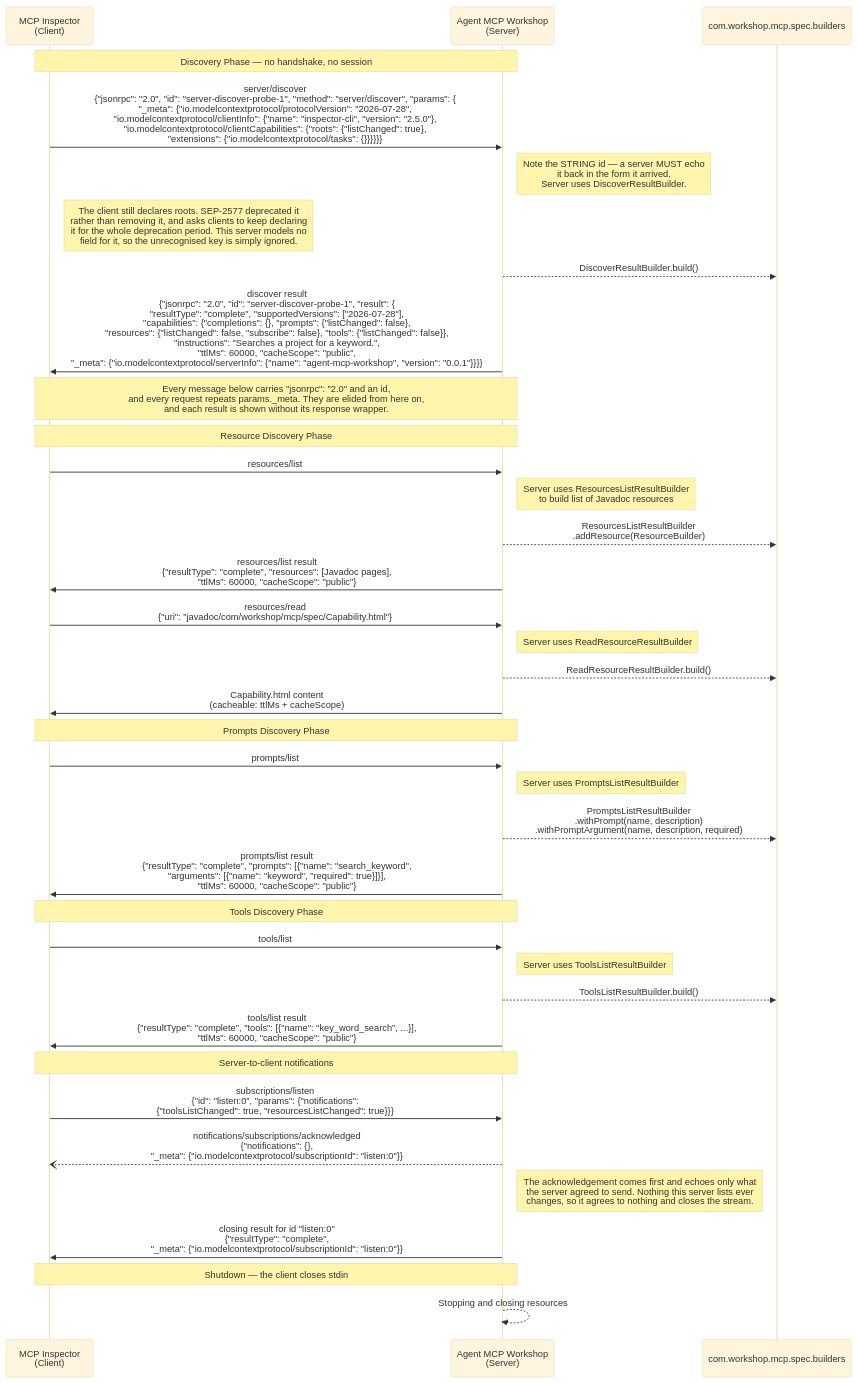
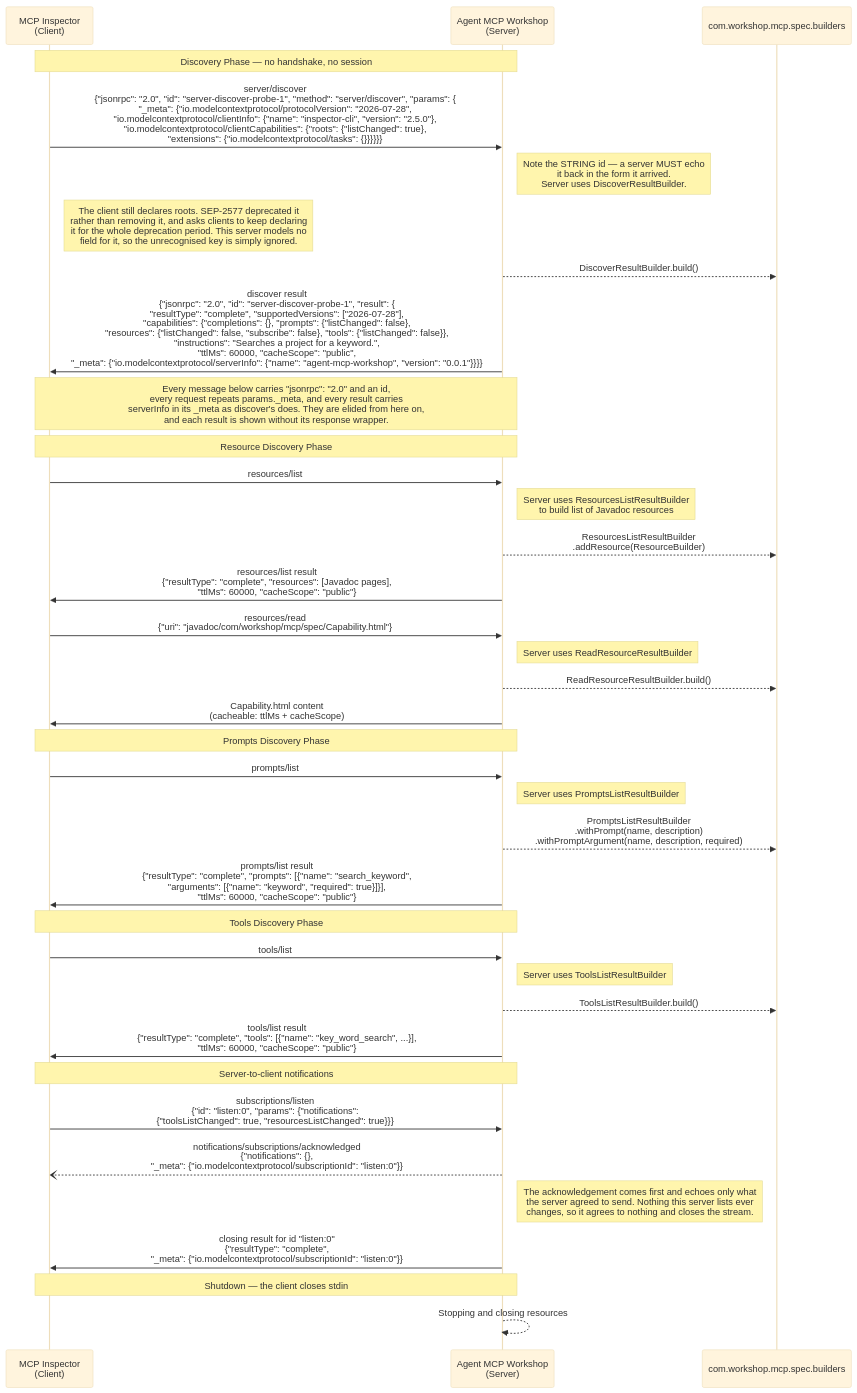
The diagram in lessons/02-mcp-json-communication-flow-diagram.md (David-Parry/agent-mcp-workshop), drawn with Mermaid (base theme) before and after one commit. The commit also changed 31 other files, not shown here.

````diff
--- a/lessons/02-mcp-json-communication-flow-diagram.md
+++ b/lessons/02-mcp-json-communication-flow-diagram.md
@@ -5,62 +5,62 @@
 ```mermaid
 sequenceDiagram
     participant Client as MCP Inspector<br/>(Client)
     participant Server as Agent MCP Workshop<br/>(Server)
     participant Builders as com.workshop.mcp.spec.builders
 
     Note over Client,Server: Discovery Phase — no handshake, no session
 
     Client->>Server: server/discover<br/>{"jsonrpc": "2.0", "id": "server-discover-probe-1", "method": "server/discover", "params": {<br/>"_meta": {"io.modelcontextprotocol/protocolVersion": "2026-07-28",<br/>"io.modelcontextprotocol/clientInfo": {"name": "inspector-cli", "version": "2.5.0"},<br/>"io.modelcontextprotocol/clientCapabilities": {"roots": {"listChanged": true},<br/>"extensions": {"io.modelcontextprotocol/tasks": {}}}}}}
 
     Note right of Server: Note the STRING id — a server MUST echo<br/>it back in the form it arrived.<br/>Server uses DiscoverResultBuilder.
     Note right of Client: The client still declares roots. SEP-2577 deprecated it<br/>rather than removing it, and asks clients to keep declaring<br/>it for the whole deprecation period. This server models no<br/>field for it, so the unrecognised key is simply ignored.
     Server-->>Builders: DiscoverResultBuilder.build()
 
     Server->>Client: discover result<br/>{"jsonrpc": "2.0", "id": "server-discover-probe-1", "result": {<br/>"resultType": "complete", "supportedVersions": ["2026-07-28"],<br/>"capabilities": {"completions": {}, "prompts": {"listChanged": false},<br/>"resources": {"listChanged": false, "subscribe": false}, "tools": {"listChanged": false}},<br/>"instructions": "Searches a project for a keyword.",<br/>"ttlMs": 60000, "cacheScope": "public",<br/>"_meta": {"io.modelcontextprotocol/serverInfo": {"name": "agent-mcp-workshop", "version": "0.0.1"}}}}
 
-    Note over Client,Server: Every message below carries "jsonrpc": "2.0" and an id,<br/>and every request repeats params._meta. They are elided from here on,<br/>and each result is shown without its response wrapper.
+    Note over Client,Server: Every message below carries "jsonrpc": "2.0" and an id,<br/>every request repeats params._meta, and every result carries<br/>serverInfo in its _meta as discover's does. They are elided from here on,<br/>and each result is shown without its response wrapper.
 
     Note over Client,Server: Resource Discovery Phase
 
     Client->>Server: resources/list
 
     Note right of Server: Server uses ResourcesListResultBuilder<br/>to build list of Javadoc resources
     Server-->>Builders: ResourcesListResultBuilder<br/>.addResource(ResourceBuilder)
 
     Server->>Client: resources/list result<br/>{"resultType": "complete", "resources": [Javadoc pages],<br/>"ttlMs": 60000, "cacheScope": "public"}
 
     Client->>Server: resources/read<br/>{"uri": "javadoc/com/workshop/mcp/spec/Capability.html"}
 
     Note right of Server: Server uses ReadResourceResultBuilder
     Server-->>Builders: ReadResourceResultBuilder.build()
 
     Server->>Client: Capability.html content<br/>(cacheable: ttlMs + cacheScope)
 
     Note over Client,Server: Prompts Discovery Phase
 
     Client->>Server: prompts/list
 
     Note right of Server: Server uses PromptsListResultBuilder
     Server-->>Builders: PromptsListResultBuilder<br/>.withPrompt(name, description)<br/>.withPromptArgument(name, description, required)
 
     Server->>Client: prompts/list result<br/>{"resultType": "complete", "prompts": [{"name": "search_keyword",<br/>"arguments": [{"name": "keyword", "required": true}]}],<br/>"ttlMs": 60000, "cacheScope": "public"}
 
     Note over Client,Server: Tools Discovery Phase
 
     Client->>Server: tools/list
 
     Note right of Server: Server uses ToolsListResultBuilder
     Server-->>Builders: ToolsListResultBuilder.build()
 
     Server->>Client: tools/list result<br/>{"resultType": "complete", "tools": [{"name": "key_word_search", ...}],<br/>"ttlMs": 60000, "cacheScope": "public"}
 
     Note over Client,Server: Server-to-client notifications
 
     Client->>Server: subscriptions/listen<br/>{"id": "listen:0", "params": {"notifications":<br/>{"toolsListChanged": true, "resourcesListChanged": true}}}
     Server--)Client: notifications/subscriptions/acknowledged<br/>{"notifications": {},<br/>"_meta": {"io.modelcontextprotocol/subscriptionId": "listen:0"}}
     Note right of Server: The acknowledgement comes first and echoes only what<br/>the server agreed to send. Nothing this server lists ever<br/>changes, so it agrees to nothing and closes the stream.
     Server->>Client: closing result for id "listen:0"<br/>{"resultType": "complete",<br/>"_meta": {"io.modelcontextprotocol/subscriptionId": "listen:0"}}
 
     Note over Client,Server: Shutdown — the client closes stdin
     Server-->>Server: Stopping and closing resources
 ```
````
